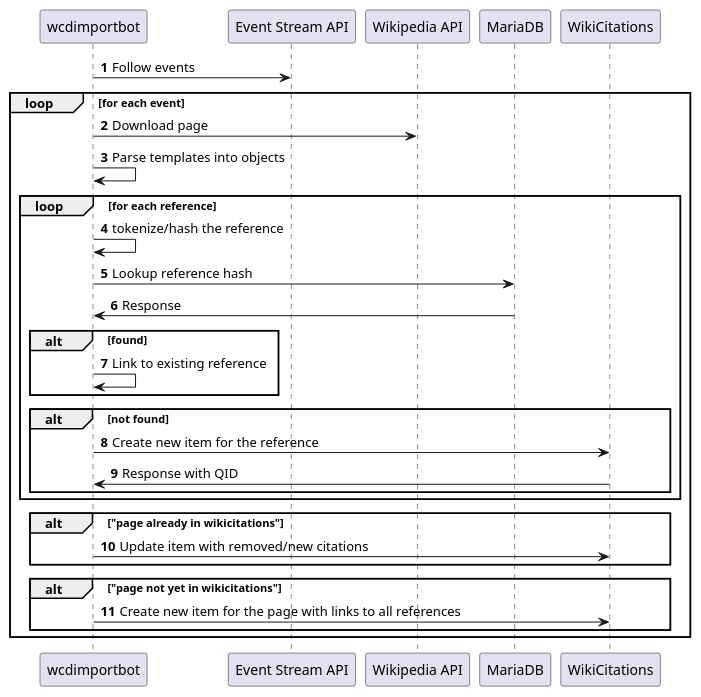
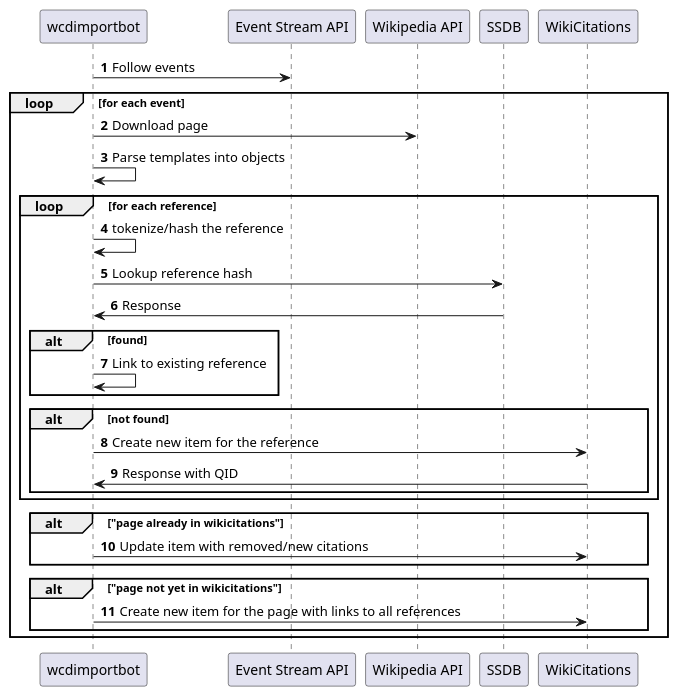
The diagram in diagrams/sequence_continous.puml (internetarchive/iari), drawn with PlantUML before and after one commit. The commit also changed 1 other file, not shown here.

Commit message:
Update diagrams

```diff
--- a/diagrams/sequence_continous.puml
+++ b/diagrams/sequence_continous.puml
@@ -1,28 +1,28 @@
 @startuml
 'https://plantuml.com/sequence-diagram
 
 autonumber
 wcdimportbot -> "Event Stream API": Follow events
 loop for each event
     wcdimportbot -> "Wikipedia API": Download page
     wcdimportbot -> wcdimportbot: Parse templates into objects
     loop for each reference
         wcdimportbot -> wcdimportbot: tokenize/hash the reference
-        wcdimportbot -> MariaDB: Lookup reference hash
-        MariaDB -> wcdimportbot: Response
+        wcdimportbot -> SSDB: Lookup reference hash
+        SSDB -> wcdimportbot: Response
         alt found
             wcdimportbot -> wcdimportbot: Link to existing reference
         end
         alt not found
             wcdimportbot -> WikiCitations: Create new item for the reference
             WikiCitations -> wcdimportbot: Response with QID
         end
     end
     alt "page already in wikicitations"
         wcdimportbot -> WikiCitations: Update item with removed/new citations
     end
     alt "page not yet in wikicitations"
         wcdimportbot -> WikiCitations: Create new item for the page with links to all references
     end
 end
 @enduml
```
